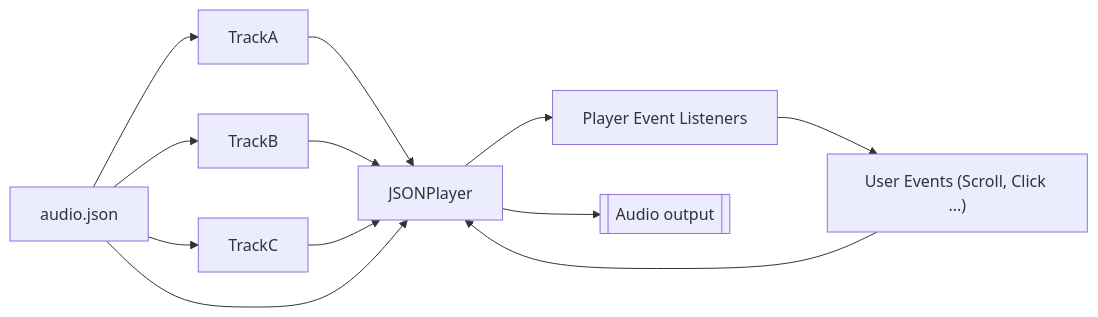
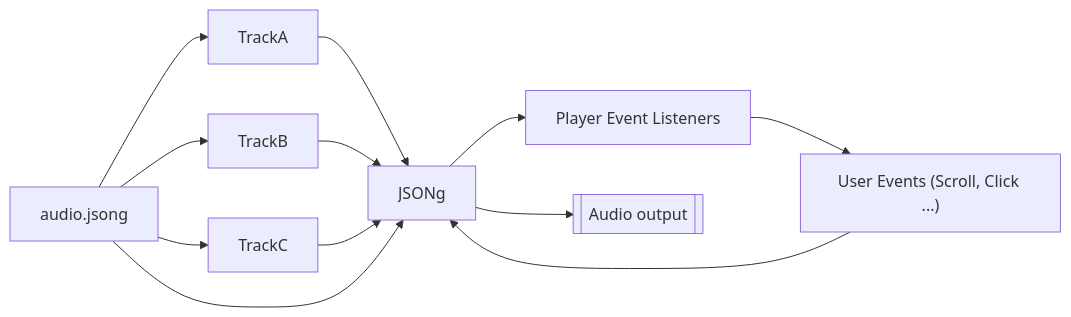
One commit to purewack/jsong-audio changed the diagram in README.md. Above: the diagram before and after it, drawn with Mermaid. The commit also changed other lines of this file and 7 other files, not shown here.

````diff
--- a/README.md
+++ b/README.md
@@ -8,22 +8,22 @@
 ```mermaid
 graph LR
   a[TrackA];
   b[TrackB];
   c[TrackC];
   ev["User Events (Scroll, Click ...)"]
-  player[JSONPlayer]
+  player[JSONg]
   callbacks[Player Event Listeners]
-  m[audio.json]
+  m[audio.jsong]
 
   a --> player
   b --> player
   c --> player
   m --> player
   m --> a
   m --> b
   m --> c
   player --> callbacks
   callbacks --> ev
   ev --> player
   player --> o[[Audio output]]
 ```
````
